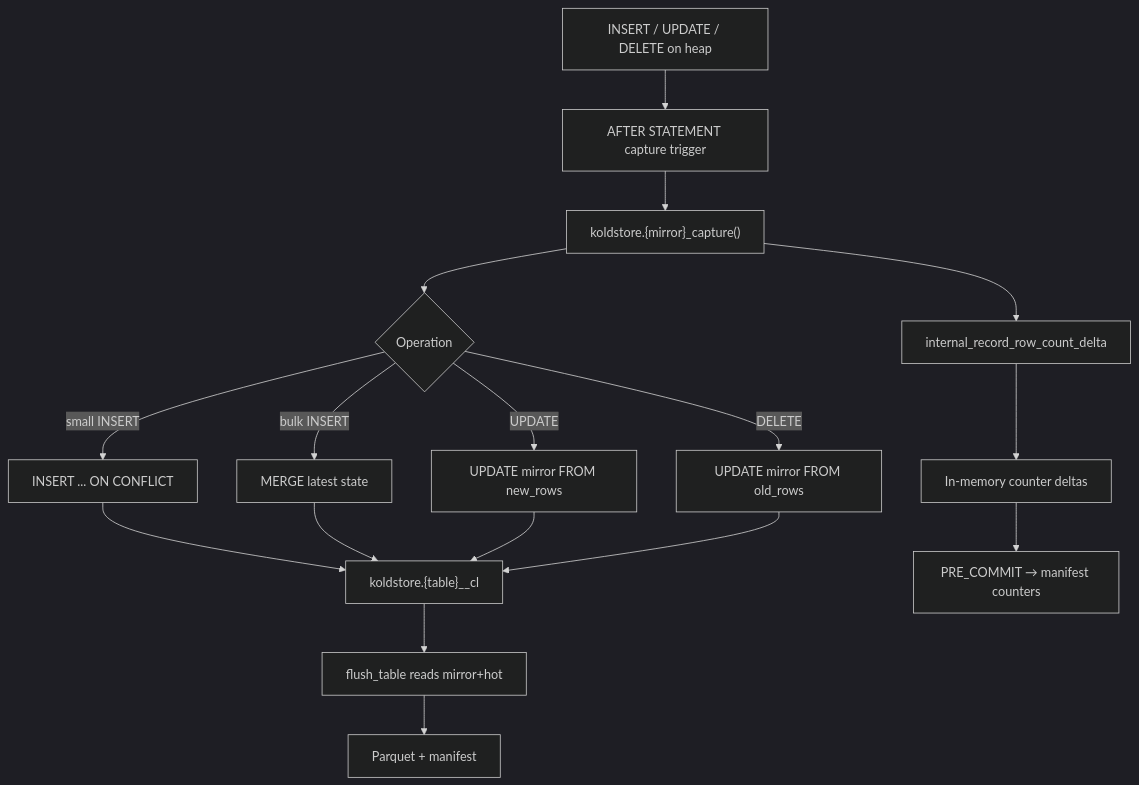
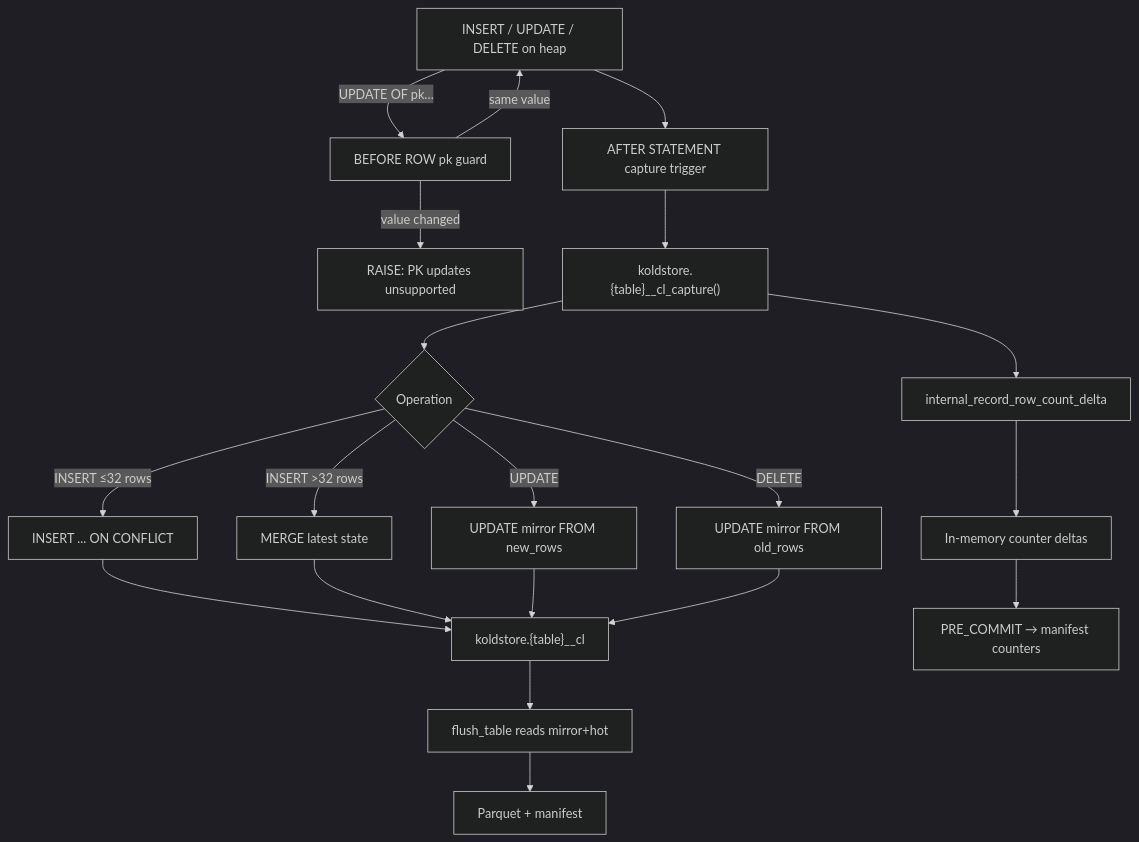
Before and after one commit to kalamdb/koldstore: the first of 2 diagrams in docs/architecture/dml-table.md, drawn with Mermaid (dark theme). The commit also changed other lines of this file and 4 other files, not shown here.

````diff
--- a/docs/architecture/dml-table.md
+++ b/docs/architecture/dml-table.md
@@ -34,19 +35,22 @@
 ```mermaid
 flowchart TD
   DML["INSERT / UPDATE / DELETE on heap"] --> TRG["AFTER STATEMENT capture trigger"]
-  TRG --> CAP["koldstore.{mirror}_capture()"]
+  DML -->|"UPDATE OF pk…"| PKG["BEFORE ROW pk guard"]
+  PKG -->|"value changed"| ERR["RAISE: PK updates unsupported"]
+  PKG -->|"same value"| DML
+  TRG --> CAP["koldstore.{table}__cl_capture()"]
   CAP --> KIND{"Operation"}
-  KIND -->|"small INSERT"| UPSERT["INSERT ... ON CONFLICT"]
-  KIND -->|"bulk INSERT"| MERGE["MERGE latest state"]
+  KIND -->|"INSERT ≤32 rows"| UPSERT["INSERT ... ON CONFLICT"]
+  KIND -->|"INSERT >32 rows"| MERGE["MERGE latest state"]
   KIND -->|"UPDATE"| DIRECTU["UPDATE mirror FROM new_rows"]
   KIND -->|"DELETE"| DIRECTD["UPDATE mirror FROM old_rows"]
   UPSERT --> MIR["koldstore.{table}__cl"]
   MERGE --> MIR
   DIRECTU --> MIR
   DIRECTD --> MIR
   CAP --> RC["internal_record_row_count_delta"]
   RC --> MEM["In-memory counter deltas"]
   MEM --> XACT["PRE_COMMIT → manifest counters"]
   MIR --> FLUSH["flush_table reads mirror+hot"]
   FLUSH --> PQ["Parquet + manifest"]
 ```
````
